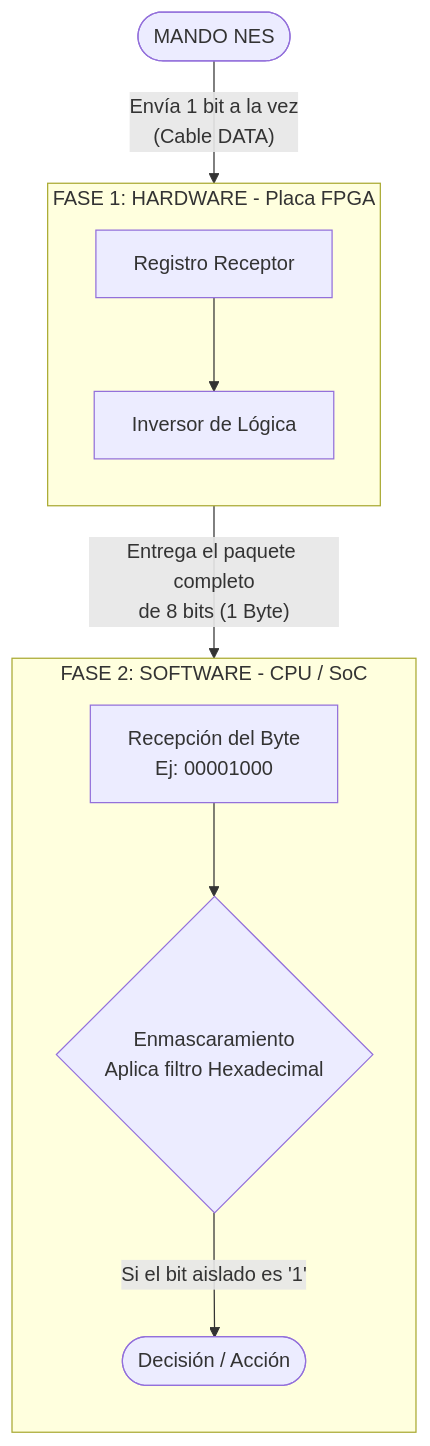
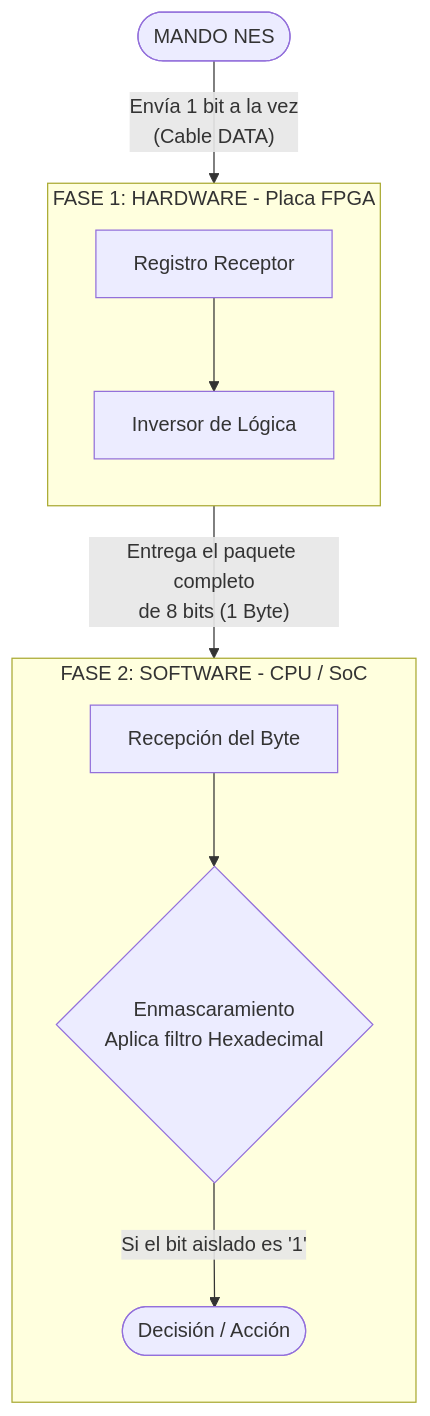
Before and after one commit to noNintendo2026/nes_controller.v: the diagram in mapa_controlador_NES.md, drawn with Mermaid.

Commit message:
Update Rx node description in mapa_controlador_NES.md
Removed example byte representation from Rx node.

````diff
--- a/mapa_controlador_NES.md
+++ b/mapa_controlador_NES.md
@@ -30,24 +30,24 @@
 ```mermaid
 flowchart TD
     Mando([MANDO NES]) -- "Envía 1 bit a la vez\n(Cable DATA)" --> Reg
 
     subgraph FASE1 [FASE 1: HARDWARE - Placa FPGA]
         direction TB
         Reg[Registro Receptor]
         Inv[Inversor de Lógica]
         
         Reg --> Inv
     end
 
     Inv -- "Entrega el paquete completo\nde 8 bits (1 Byte)" --> Rx
 
     subgraph FASE2 [FASE 2: SOFTWARE - CPU / SoC]
         direction TB
-        Rx[Recepción del Byte\nEj: 00001000]
+        Rx[Recepción del Byte]
         Mask{Enmascaramiento\nAplica filtro Hexadecimal}
         Accion([Decisión / Acción])
         
         Rx --> Mask
         Mask -- "Si el bit aislado es '1'" --> Accion
     end 
 ```
````
